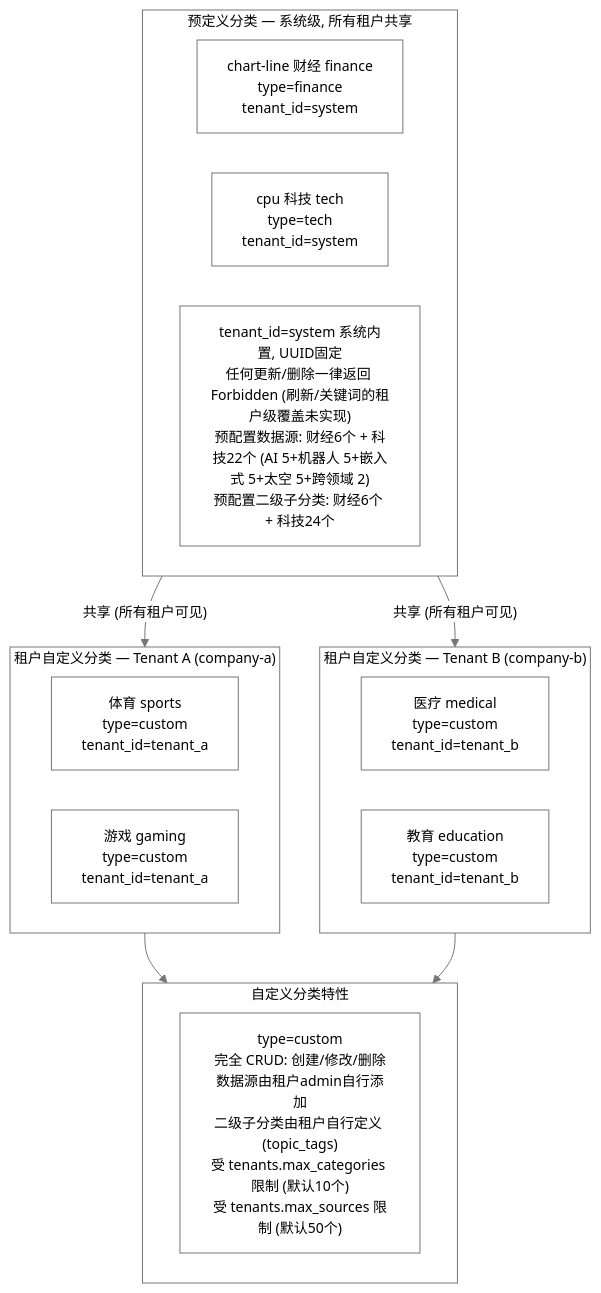
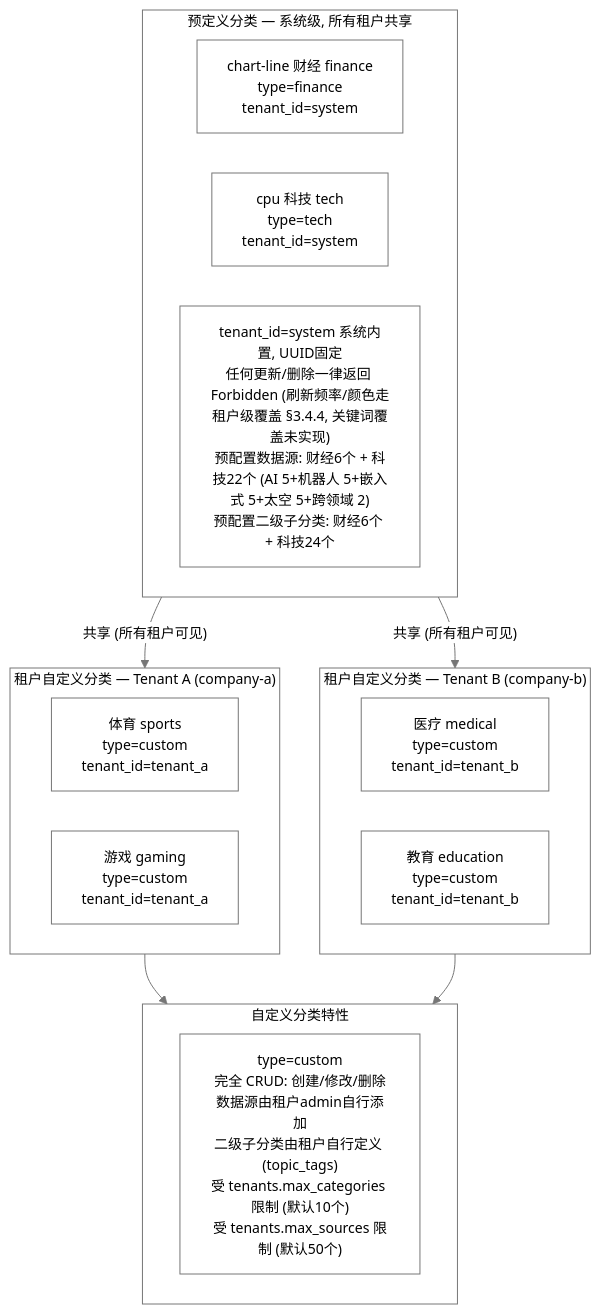
One commit to onceme/instantboard changed the fourth of 6 diagrams in docs/dev-guide/design/content-categories.md. Above: the diagram before and after it, drawn with Mermaid. The commit also changed other lines of this file and 7 other files, not shown here.

````diff
--- a/docs/dev-guide/design/content-categories.md
+++ b/docs/dev-guide/design/content-categories.md
@@ -324,24 +324,24 @@
 ```mermaid
 %%{init: {"theme": "base", "themeVariables": {"primaryColor": "#ffffff", "primaryTextColor": "#000000", "primaryBorderColor": "#767676", "lineColor": "#767676", "arrowheadColor": "#767676", "secondaryColor": "#ffffff", "secondaryTextColor": "#000000", "secondaryBorderColor": "#767676", "tertiaryColor": "#ffffff", "tertiaryTextColor": "#000000", "tertiaryBorderColor": "#767676", "edgeLabelBackground": "#ffffff", "textColor": "#000000", "nodeTextColor": "#000000", "mainBkg": "#ffffff", "nodeBorder": "#767676", "clusterBkg": "#ffffff", "clusterBdr": "#767676", "clusterTextColor": "#000000", "titleColor": "#000000", "fontSize": "14px"}, "flowchart": {"nodeSpacing": 40, "rankSpacing": 50, "wrappingWidth": 180, "useMaxWidth": true}}}%%
 graph TD
     subgraph system["预定义分类 — 系统级, 所有租户共享"]
         sys_finance["chart-line 财经 finance<br/>type=finance<br/>tenant_id=system"]
         sys_tech["cpu 科技 tech<br/>type=tech<br/>tenant_id=system"]
-        sys_feature["tenant_id=system 系统内置, UUID固定<br/>任何更新/删除一律返回 Forbidden (刷新/关键词的租户级覆盖未实现)<br/>预配置数据源: 财经6个 + 科技22个 (AI 5+机器人 5+嵌入式 5+太空 5+跨领域 2)<br/>预配置二级子分类: 财经6个 + 科技24个"]
+        sys_feature["tenant_id=system 系统内置, UUID固定<br/>任何更新/删除一律返回 Forbidden (刷新频率/颜色走租户级覆盖 §3.4.4, 关键词覆盖未实现)<br/>预配置数据源: 财经6个 + 科技22个 (AI 5+机器人 5+嵌入式 5+太空 5+跨领域 2)<br/>预配置二级子分类: 财经6个 + 科技24个"]
     end
     subgraph tenant_a["租户自定义分类 — Tenant A (company-a)"]
         ta_sports["体育 sports<br/>type=custom<br/>tenant_id=tenant_a"]
         ta_gaming["游戏 gaming<br/>type=custom<br/>tenant_id=tenant_a"]
     end
     subgraph tenant_b["租户自定义分类 — Tenant B (company-b)"]
         tb_medical["医疗 medical<br/>type=custom<br/>tenant_id=tenant_b"]
         tb_edu["教育 education<br/>type=custom<br/>tenant_id=tenant_b"]
     end
     subgraph custom_feature["自定义分类特性"]
         cf["type=custom<br/>完全 CRUD: 创建/修改/删除<br/>数据源由租户admin自行添加<br/>二级子分类由租户自行定义 (topic_tags)<br/>受 tenants.max_categories 限制 (默认10个)<br/>受 tenants.max_sources 限制 (默认50个)"]
     end
     system -->|"共享 (所有租户可见)"| tenant_a
     system -->|"共享 (所有租户可见)"| tenant_b
     tenant_a --> custom_feature
     tenant_b --> custom_feature
 ```
````
